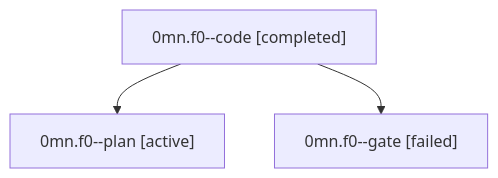
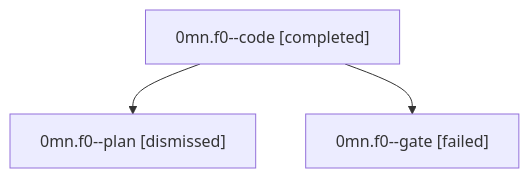
The diagram in sessions/bbugyi200.athena.0mn.f0.md (sase-org/sase--agents), drawn with Mermaid before and after one commit. The commit also changed other lines of this file and 36 other files, not shown here.

````diff
--- a/sessions/bbugyi200.athena.0mn.f0.md
+++ b/sessions/bbugyi200.athena.0mn.f0.md
@@ -9,8 +9,8 @@
 ```mermaid
 flowchart TD
   n0["0mn.f0--code [completed]"]
-  n1["0mn.f0--plan [active]"]
+  n1["0mn.f0--plan [dismissed]"]
   n0 --> n1
   n2["0mn.f0--gate [failed]"]
   n0 --> n2
 ```
````
